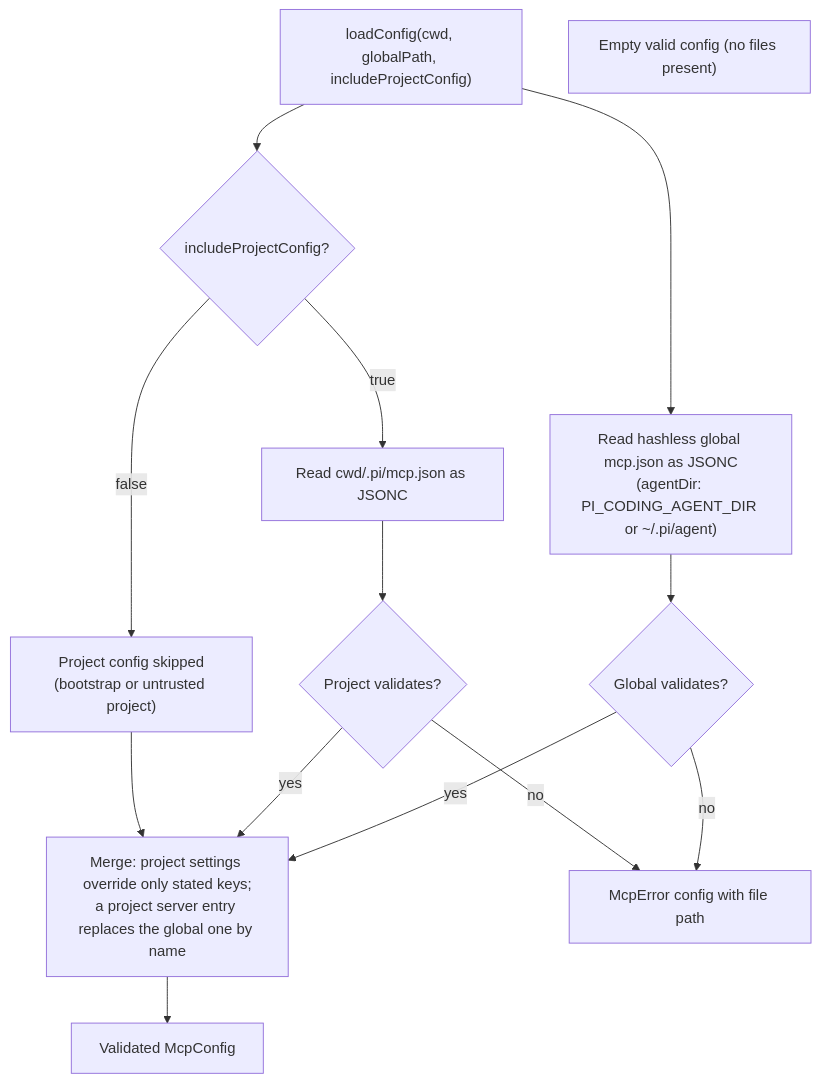
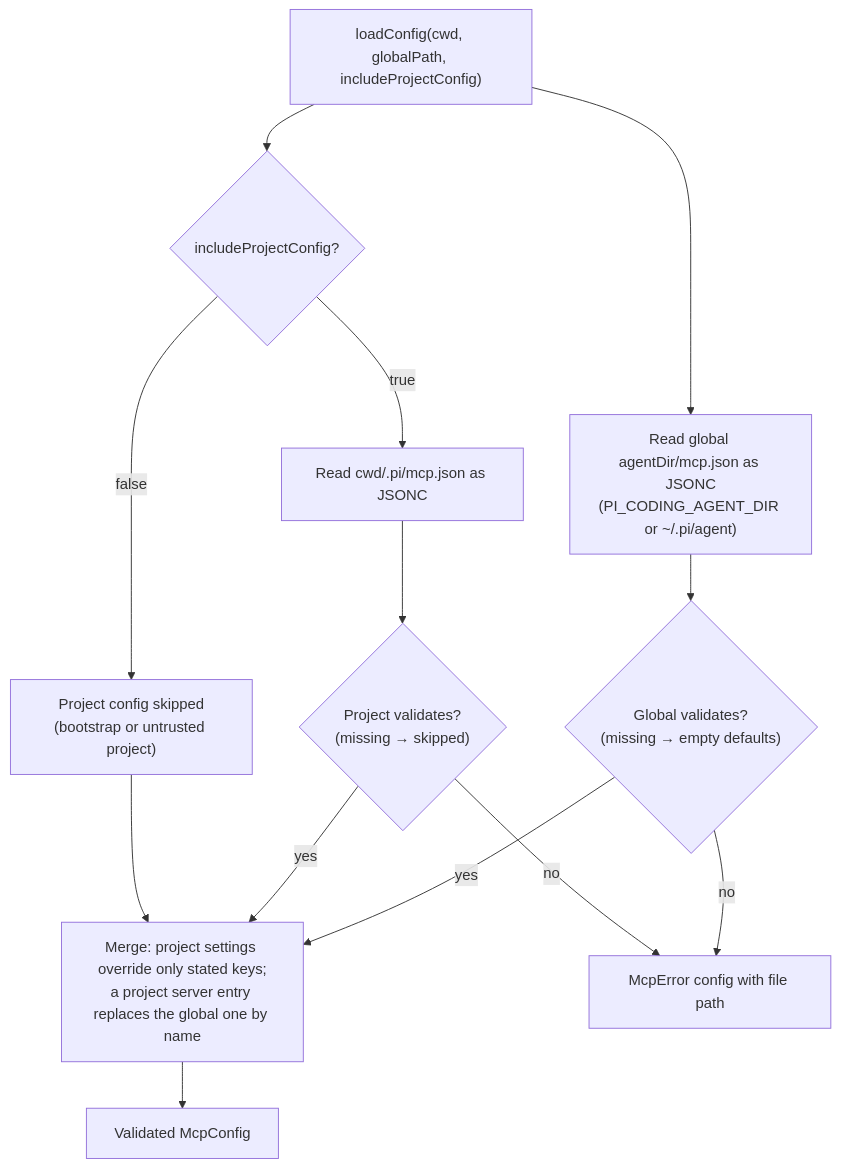
Before and after one commit to irahardianto/pi-mcp-extension: the fifth of 6 diagrams in docs/ARCHITECTURE.md, drawn with Mermaid. The commit also changed other lines of this file and 1 other file, not shown here.

Commit message:
docs(architecture): align credential-storage and config diagrams with runtime flow

````diff
--- a/docs/ARCHITECTURE.md
+++ b/docs/ARCHITECTURE.md
@@ -282,27 +284,26 @@
 ```mermaid
 flowchart TD
     Start["loadConfig(cwd, globalPath, includeProjectConfig)"]
     Trust{"includeProjectConfig?"}
-    Global["Read hashless global mcp.json as JSONC<br/>(agentDir: PI_CODING_AGENT_DIR or ~/.pi/agent)"]
+    Global["Read global agentDir/mcp.json as JSONC<br/>(PI_CODING_AGENT_DIR or ~/.pi/agent)"]
     Project["Read cwd/.pi/mcp.json as JSONC"]
     Skip["Project config skipped<br/>(bootstrap or untrusted project)"]
-    GParse{"Global validates?"}
-    PParse{"Project validates?"}
+    GParse{"Global validates?<br/>(missing → empty defaults)"}
+    PParse{"Project validates?<br/>(missing → skipped)"}
     Merge["Merge: project settings override only stated keys;<br/>a project server entry replaces the global one by name"]
-    Empty["Empty valid config (no files present)"]
     Config["Validated McpConfig"]
     Err["McpError config with file path"]
 
     Start --> Trust
     Trust -->|false| Skip
     Trust -->|true| Project
     Start --> Global
     Global --> GParse
     GParse -->|no| Err
     GParse -->|yes| Merge
     Project --> PParse
     PParse -->|no| Err
     PParse -->|yes| Merge
     Skip --> Merge
     Merge --> Config
 ```
````
